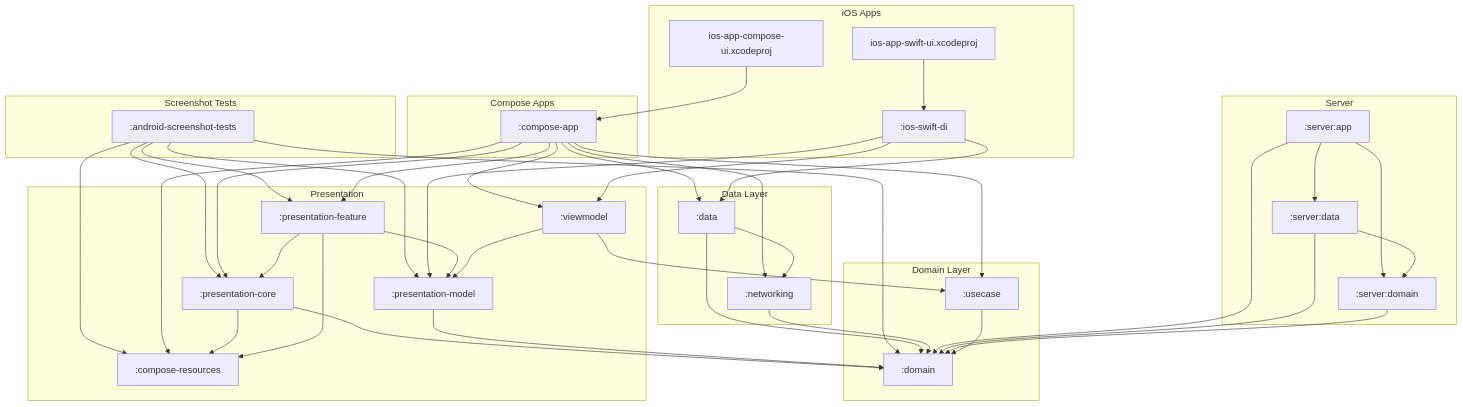
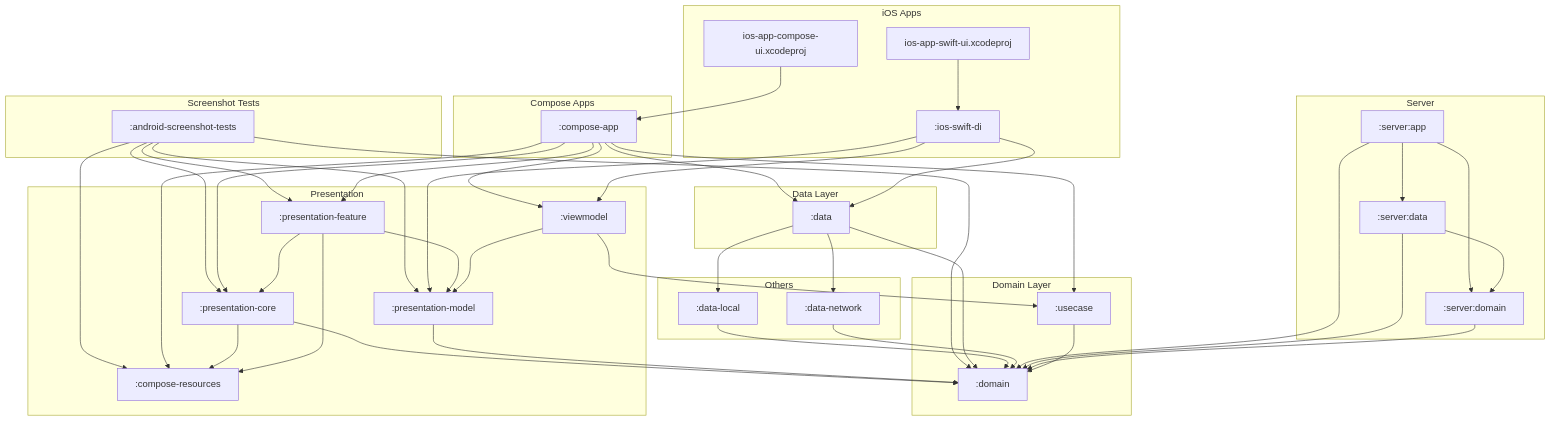
Before and after one commit to cartland/battery-butler: the diagram in docs/diagrams/full_system_structure.mmd, drawn with Mermaid. The commit also changed 38 other files, not shown here.

First line of the commit message:
Refactor Data Layer Architecture

```diff
--- a/docs/diagrams/full_system_structure.mmd
+++ b/docs/diagrams/full_system_structure.mmd
@@ -1,89 +1,95 @@
 graph TD
     subgraph "iOS Apps"
         IosSwiftDi[":ios-swift-di"]
         IosAppComposeUi.xcodeproj["ios-app-compose-ui.xcodeproj"]
         IosAppSwiftUi.xcodeproj["ios-app-swift-ui.xcodeproj"]
     end
 
     subgraph "Compose Apps"
         ComposeApp[":compose-app"]
     end
 
     subgraph "Server"
         ServerApp[":server:app"]
         ServerData[":server:data"]
         ServerDomain[":server:domain"]
     end
 
     subgraph "Presentation"
         ComposeResources[":compose-resources"]
         PresentationCore[":presentation-core"]
         PresentationFeature[":presentation-feature"]
         PresentationModel[":presentation-model"]
         Viewmodel[":viewmodel"]
     end
 
     subgraph "Domain Layer"
         Domain[":domain"]
         Usecase[":usecase"]
     end
 
     subgraph "Data Layer"
         Data[":data"]
-        Networking[":networking"]
     end
 
     subgraph "Screenshot Tests"
         AndroidScreenshotTests[":android-screenshot-tests"]
+    end
+
+    subgraph "Others"
+        DataLocal[":data-local"]
+        DataNetwork[":data-network"]
     end
 
     %% Dependencies
     AndroidScreenshotTests --> ComposeResources
     AndroidScreenshotTests --> Domain
     AndroidScreenshotTests --> PresentationCore
     AndroidScreenshotTests --> PresentationFeature
     AndroidScreenshotTests --> PresentationModel
 
     ComposeApp --> ComposeResources
     ComposeApp --> Data
-    ComposeApp --> Networking
     ComposeApp --> PresentationCore
     ComposeApp --> PresentationFeature
     ComposeApp --> Usecase
     ComposeApp --> Viewmodel
 
+    Data --> DataLocal
+    Data --> DataNetwork
     Data --> Domain
-    Data --> Networking
+
+    DataLocal --> Domain
+
+    DataNetwork --> Domain
 
     IosSwiftDi --> Data
     IosSwiftDi --> PresentationModel
     IosSwiftDi --> Viewmodel
-
-    Networking --> Domain
 
     PresentationCore --> ComposeResources
     PresentationCore --> Domain
 
     PresentationFeature --> ComposeResources
     PresentationFeature --> PresentationCore
     PresentationFeature --> PresentationModel
 
     PresentationModel --> Domain
 
     ServerApp --> Domain
     ServerApp --> ServerData
     ServerApp --> ServerDomain
 
     ServerData --> Domain
     ServerData --> ServerDomain
 
     ServerDomain --> Domain
 
     Usecase --> Domain
 
     Viewmodel --> PresentationModel
     Viewmodel --> Usecase
 
     IosAppComposeUi.xcodeproj --> ComposeApp
 
     IosAppSwiftUi.xcodeproj --> IosSwiftDi
```
